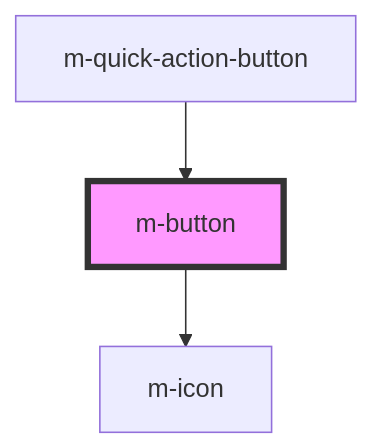
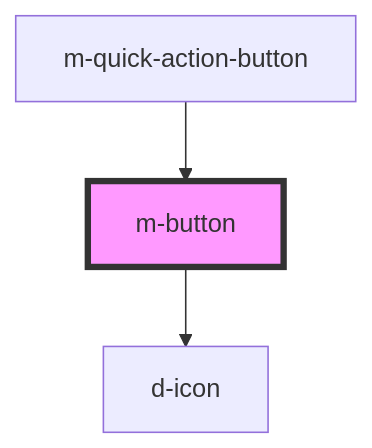
One commit to dynamic-framework/dynamic-ui changed the diagram in libraries/dynamic-ui/src/components/m-button/readme.md. Above: the diagram before and after it, drawn with Mermaid. The commit also changed other lines of this file and 54 other files, not shown here.

````diff
--- a/libraries/dynamic-ui/src/components/m-button/readme.md
+++ b/libraries/dynamic-ui/src/components/m-button/readme.md
@@ -48,6 +48,6 @@
 ```mermaid
 graph TD;
-  m-button --> m-icon
+  m-button --> d-icon
   m-quick-action-button --> m-button
   style m-button fill:#f9f,stroke:#333,stroke-width:4px
 ```
````
